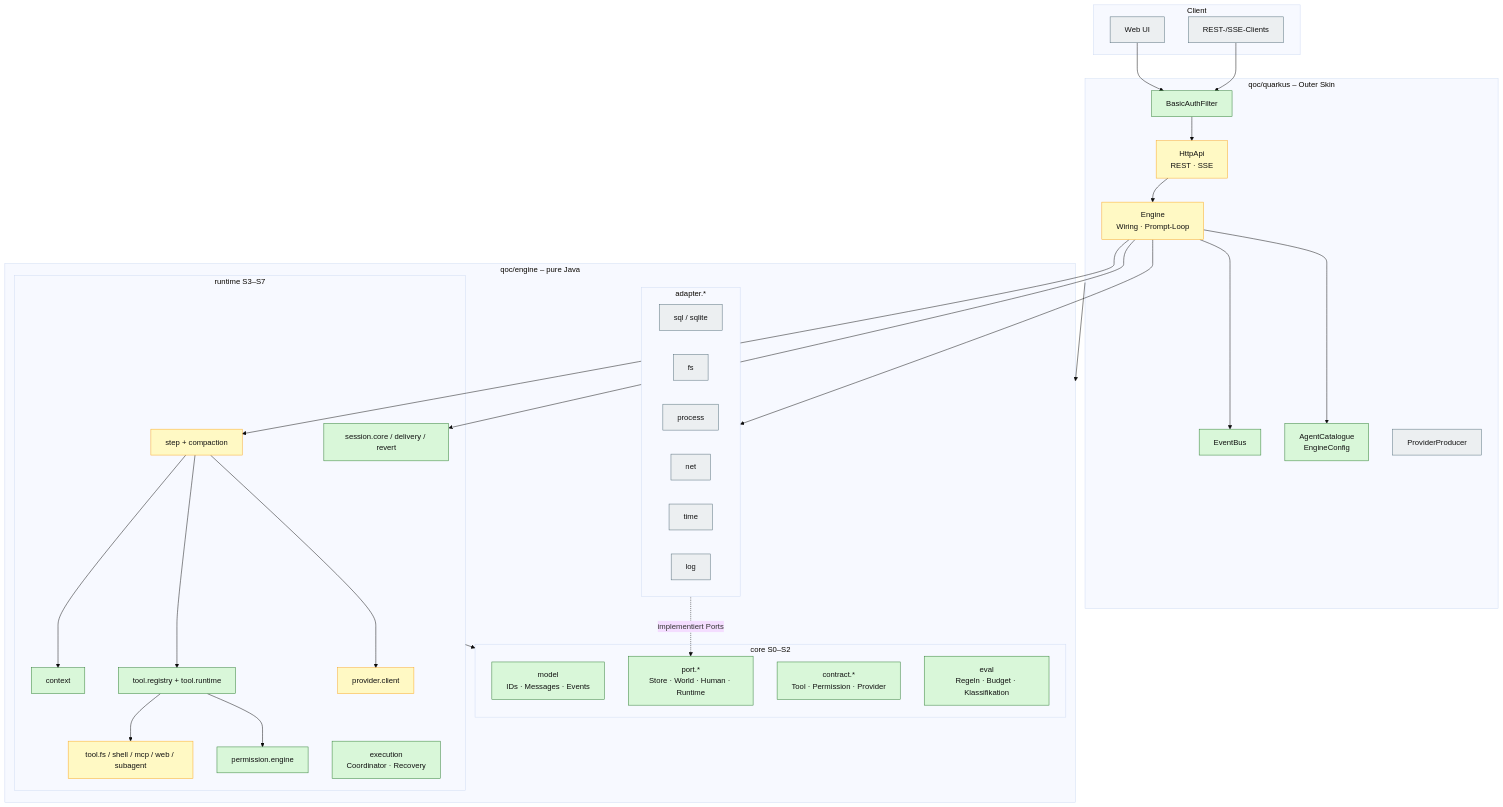
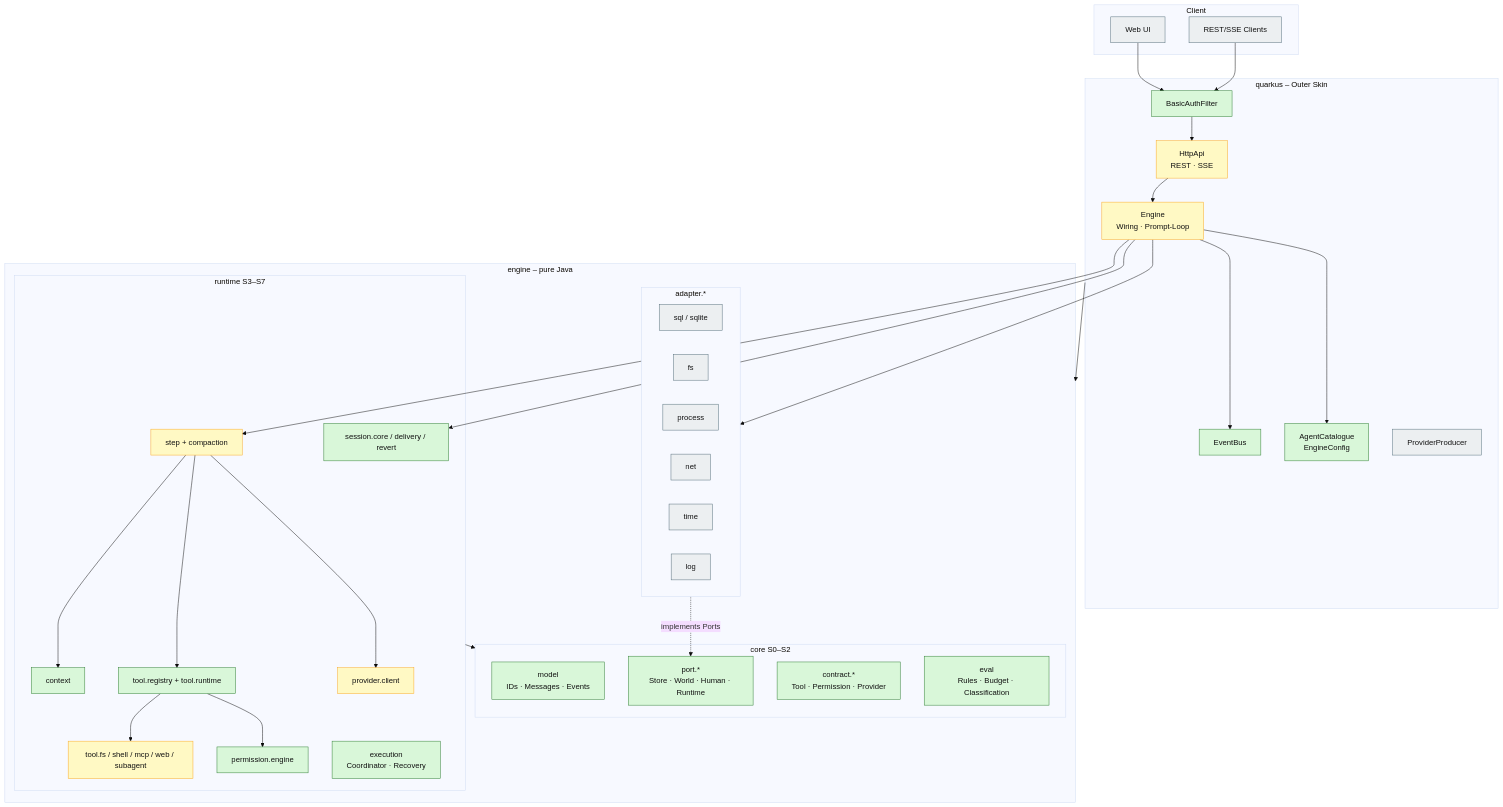
Before and after one commit to augmentia-de/QOC: the first of 2 diagrams in docs/diagrams/02-architecture.md, drawn with Mermaid (base theme). The commit also changed other lines of this file and 71 other files, not shown here.

````diff
--- a/docs/diagrams/02-architecture.md
+++ b/docs/diagrams/02-architecture.md
@@ -10,68 +10,68 @@
 ```mermaid
 flowchart TB
   subgraph Client["Client"]
     UI["Web UI"]:::ext
-    SDK["REST-/SSE-Clients"]:::ext
+    SDK["REST/SSE Clients"]:::ext
   end
 
-  subgraph Quarkus["qoc/quarkus – Outer Skin"]
+  subgraph Quarkus["quarkus – Outer Skin"]
     Http["HttpApi<br/>REST · SSE"]:::mixed
     Auth["BasicAuthFilter"]:::det
     Engine["Engine<br/>Wiring · Prompt-Loop"]:::mixed
     Bus["EventBus"]:::det
     Agents["AgentCatalogue<br/>EngineConfig"]:::det
     Producer["ProviderProducer"]:::ext
   end
 
-  subgraph EngineModule["qoc/engine – pure Java"]
+  subgraph EngineModule["engine – pure Java"]
     subgraph Core["core S0–S2"]
       Model["model<br/>IDs · Messages · Events"]:::det
       Ports["port.*<br/>Store · World · Human · Runtime"]:::det
       Contract["contract.*<br/>Tool · Permission · Provider"]:::det
-      Eval["eval<br/>Regeln · Budget · Klassifikation"]:::det
+      Eval["eval<br/>Rules · Budget · Classification"]:::det
     end
 
     subgraph Runtime["runtime S3–S7"]
       Session["session.core / delivery / revert"]:::det
       Step["step + compaction"]:::mixed
       Context["context"]:::det
       ToolReg["tool.registry + tool.runtime"]:::det
       Tools["tool.fs / shell / mcp / web / subagent"]:::mixed
       Perm["permission.engine"]:::det
       ProviderClient["provider.client"]:::mixed
       Execution["execution<br/>Coordinator · Recovery"]:::det
     end
 
     subgraph Adapters["adapter.*"]
       Sql["sql / sqlite"]:::ext
       Fs["fs"]:::ext
       Proc["process"]:::ext
       Net["net"]:::ext
       Time["time"]:::ext
       Log["log"]:::ext
     end
   end
 
   UI --> Auth
   SDK --> Auth
   Auth --> Http
   Http --> Engine
   Engine --> Session
   Engine --> Step
   Engine --> Agents
   Engine --> Bus
   Engine --> Adapters
   Step --> Context
   Step --> ProviderClient
   Step --> ToolReg
   ToolReg --> Tools
   ToolReg --> Perm
   Runtime --> Core
-  Adapters -.->|"implementiert Ports"| Ports
+  Adapters -.->|"implements Ports"| Ports
   Quarkus --> EngineModule
 
   classDef det fill:#d9f7d9,stroke:#2e7d32,stroke-width:1px,color:#111;
   classDef llm fill:#ffe0b2,stroke:#e65100,stroke-width:1px,color:#111;
   classDef mixed fill:#fff9c4,stroke:#f9a825,stroke-width:1px,color:#111;
   classDef ext fill:#eceff1,stroke:#546e7a,stroke-width:1px,color:#111;
 ```
````
